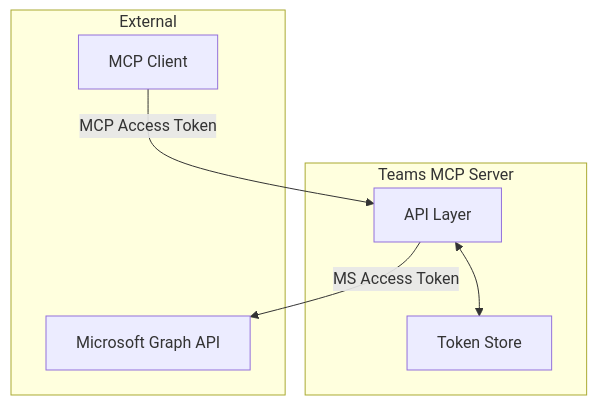
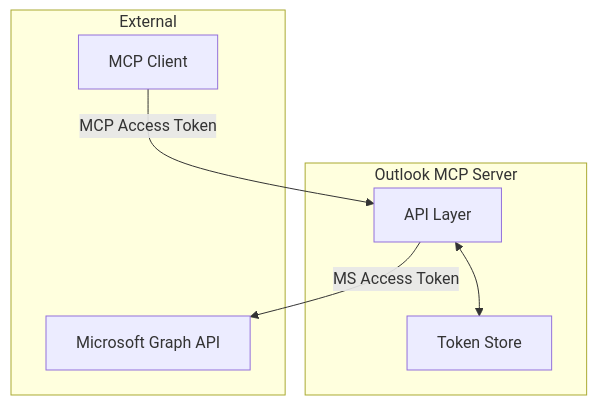
The fourth of 4 diagrams in services/outlook-fat-mcp/docs/technical/architecture.md (Unique-AG/connectors), drawn with Mermaid before and after one commit. The commit also changed other lines of this file and 34 other files, not shown here.

````diff
--- a/services/outlook-fat-mcp/docs/technical/architecture.md
+++ b/services/outlook-fat-mcp/docs/technical/architecture.md
@@ -215,16 +216,16 @@
 ```mermaid
 flowchart TB
     subgraph External["External"]
         Client["MCP Client"]
         Graph["Microsoft Graph API"]
     end
 
-    subgraph TeamsMCP["Teams MCP Server"]
+    subgraph OutlookMCP["Outlook MCP Server"]
         API["API Layer"]
         TokenStore["Token Store"]
     end
 
     Client -->|"MCP Access Token"| API
     API -->|"MS Access Token"| Graph
     API <--> TokenStore
 ```
````
